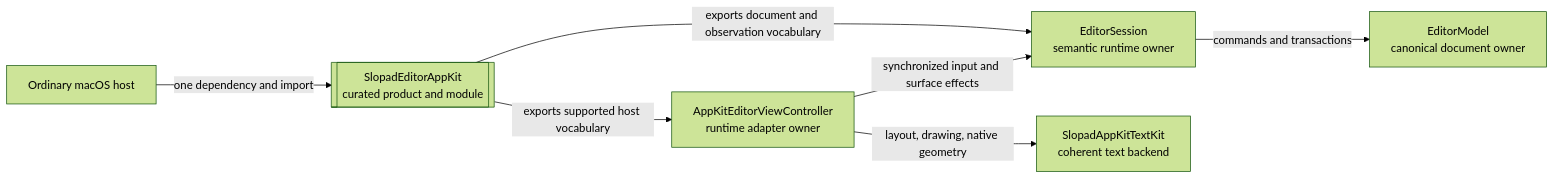
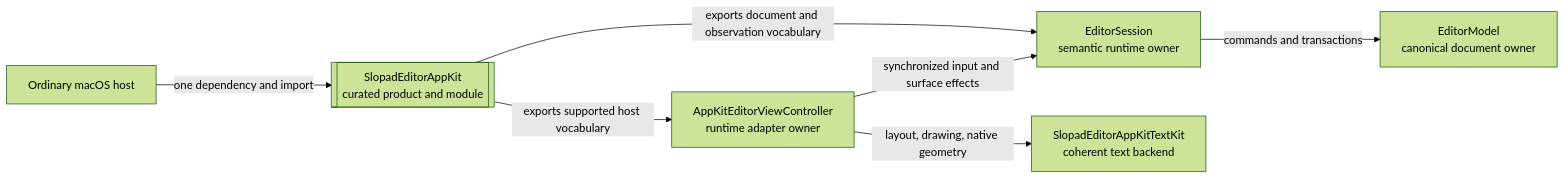
Before and after one commit to hot666666/SlopadEditor: the diagram in ADR/0010-appkit-platform-facade.md, drawn with Mermaid (forest theme). The commit also changed other lines of this file and 42 other files, not shown here.

First line of the commit message:
refactor: rename SlopadAppKitTextKit to SlopadEditorAppKitTextKit

````diff
--- a/ADR/0010-appkit-platform-facade.md
+++ b/ADR/0010-appkit-platform-facade.md
@@ -48,16 +48,16 @@
 ```mermaid
 flowchart LR
     Host["Ordinary macOS host"]
     Facade[["SlopadEditorAppKit<br/>curated product and module"]]
     Controller["AppKitEditorViewController<br/>runtime adapter owner"]
     Engine["EditorSession<br/>semantic runtime owner"]
-    TextKit["SlopadAppKitTextKit<br/>coherent text backend"]
+    TextKit["SlopadEditorAppKitTextKit<br/>coherent text backend"]
     Canonical["EditorModel<br/>canonical document owner"]
 
     Host -->|"one dependency and import"| Facade
     Facade -->|"exports supported host vocabulary"| Controller
     Facade -->|"exports document and observation vocabulary"| Engine
     Controller -->|"synchronized input and surface effects"| Engine
     Controller -->|"layout, drawing, native geometry"| TextKit
     Engine -->|"commands and transactions"| Canonical
 ```
````
